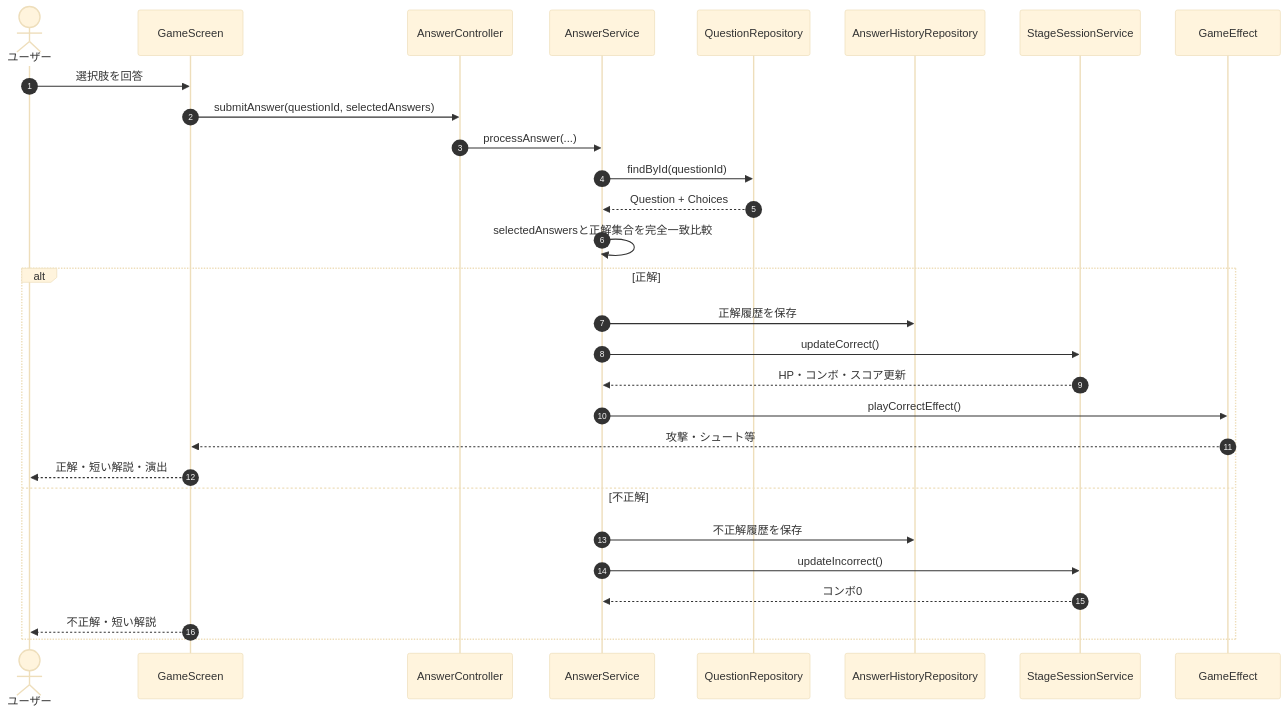
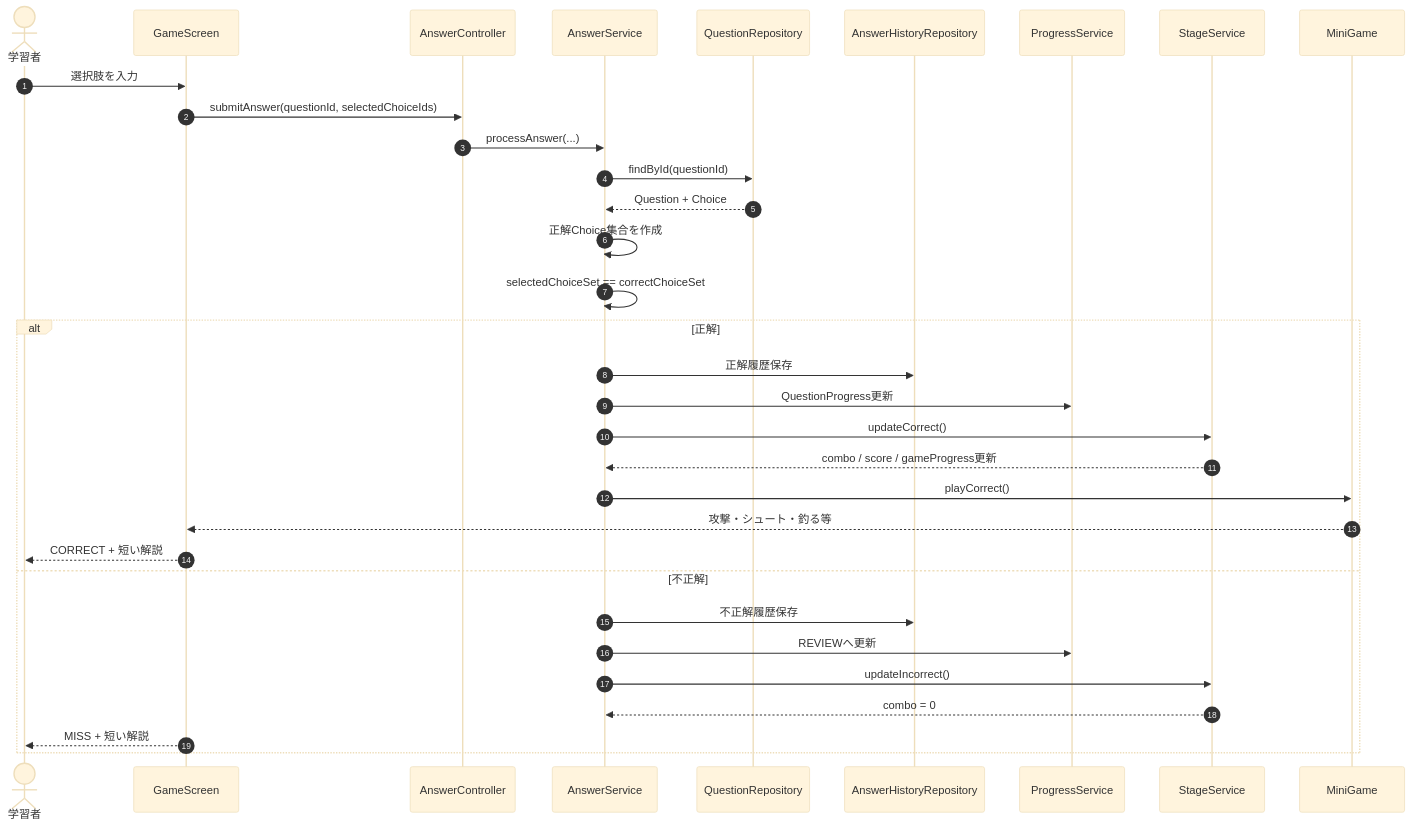
Before and after one commit to suu-dev-0203/graduation_JAVAgame: the ninth of 12 diagrams in README.md, drawn with Mermaid (base theme). The commit also changed other lines of this file, not shown here.

````diff
--- a/README.md
+++ b/README.md
@@ -1398,35 +2112,40 @@
 ```mermaid
 sequenceDiagram
     autonumber
 
-    actor User as ユーザー
+    actor User as 学習者
     participant Game as GameScreen
     participant Controller as AnswerController
-    participant Service as AnswerService
+    participant Answer as AnswerService
     participant QuestionRepo as QuestionRepository
-    participant HistoryRepo as AnswerHistoryRepository
-    participant Session as StageSessionService
-    participant Effect as GameEffect
+    participant History as AnswerHistoryRepository
+    participant Progress as ProgressService
+    participant Stage as StageService
+    participant Effect as MiniGame
 
-    User->>Game: 選択肢を回答
-    Game->>Controller: submitAnswer(questionId, selectedAnswers)
-    Controller->>Service: processAnswer(...)
+    User->>Game: 選択肢を入力
+    Game->>Controller: submitAnswer(questionId, selectedChoiceIds)
 
-    Service->>QuestionRepo: findById(questionId)
-    QuestionRepo-->>Service: Question + Choices
-    Service->>Service: selectedAnswersと正解集合を完全一致比較
+    Controller->>Answer: processAnswer(...)
+    Answer->>QuestionRepo: findById(questionId)
+    QuestionRepo-->>Answer: Question + Choice
+
+    Answer->>Answer: 正解Choice集合を作成
+    Answer->>Answer: selectedChoiceSet == correctChoiceSet
 
     alt 正解
-        Service->>HistoryRepo: 正解履歴を保存
-        Service->>Session: updateCorrect()
-        Session-->>Service: HP・コンボ・スコア更新
-        Service->>Effect: playCorrectEffect()
-        Effect-->>Game: 攻撃・シュート等
-        Game-->>User: 正解・短い解説・演出
+        Answer->>History: 正解履歴保存
+        Answer->>Progress: QuestionProgress更新
+        Answer->>Stage: updateCorrect()
+        Stage-->>Answer: combo / score / gameProgress更新
+        Answer->>Effect: playCorrect()
+        Effect-->>Game: 攻撃・シュート・釣る等
+        Game-->>User: CORRECT + 短い解説
     else 不正解
-        Service->>HistoryRepo: 不正解履歴を保存
-        Service->>Session: updateIncorrect()
-        Session-->>Service: コンボ0
-        Game-->>User: 不正解・短い解説
+        Answer->>History: 不正解履歴保存
+        Answer->>Progress: REVIEWへ更新
+        Answer->>Stage: updateIncorrect()
+        Stage-->>Answer: combo = 0
+        Game-->>User: MISS + 短い解説
     end
 ```
````
